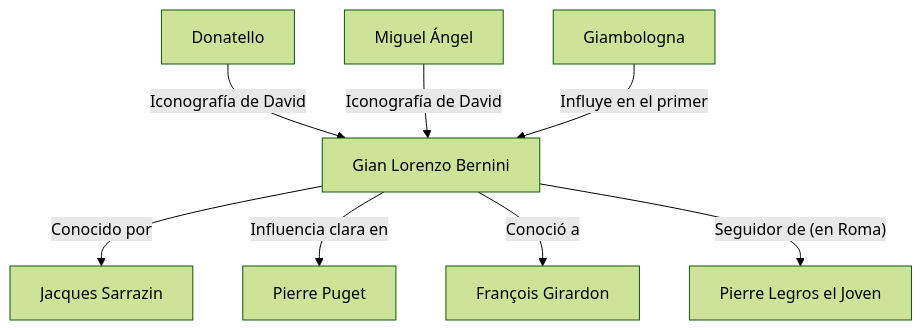
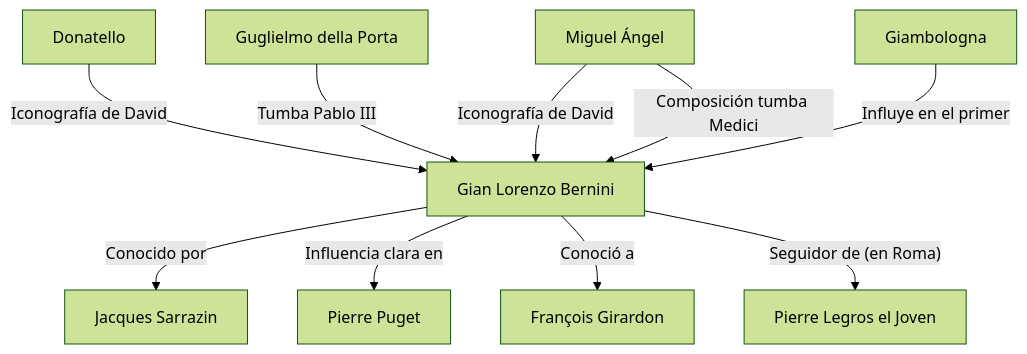
The diagram in bernini.mmd (JJ/barroco-sources), drawn with Mermaid (forest theme) before and after one commit. The commit also changed 1 other file, not shown here.

Commit message:
Con la tumba de Urbano VIII

```diff
--- a/bernini.mmd
+++ b/bernini.mmd
@@ -1,22 +1,25 @@
 graph TD
     Bernini[Gian Lorenzo Bernini]
 
     %% Escultores italianos
     GB[Giambologna]
     MA[Miguel Ángel]
     Donatello
+    GP[Guglielmo della Porta]
     
     %% Escultores Franceses
     JS[Jacques Sarrazin]
     PP[Pierre Puget]
     FG[François Girardon]
     PL[Pierre Legros el Joven]
 
 %% Relaciones
     Donatello -- "Iconografía de David" --> Bernini
+    GP -- "Tumba Pablo III" --> Bernini
     MA -- "Iconografía de David" --> Bernini
+    MA -- "Composición tumba Medici" --> Bernini
     GB -- "Influye en el primer" --> Bernini
     Bernini -- "Conocido por" --> JS
     Bernini -- "Influencia clara en" --> PP
     Bernini -- "Conoció a" --> FG
     Bernini -- "Seguidor de (en Roma)" --> PL
```
